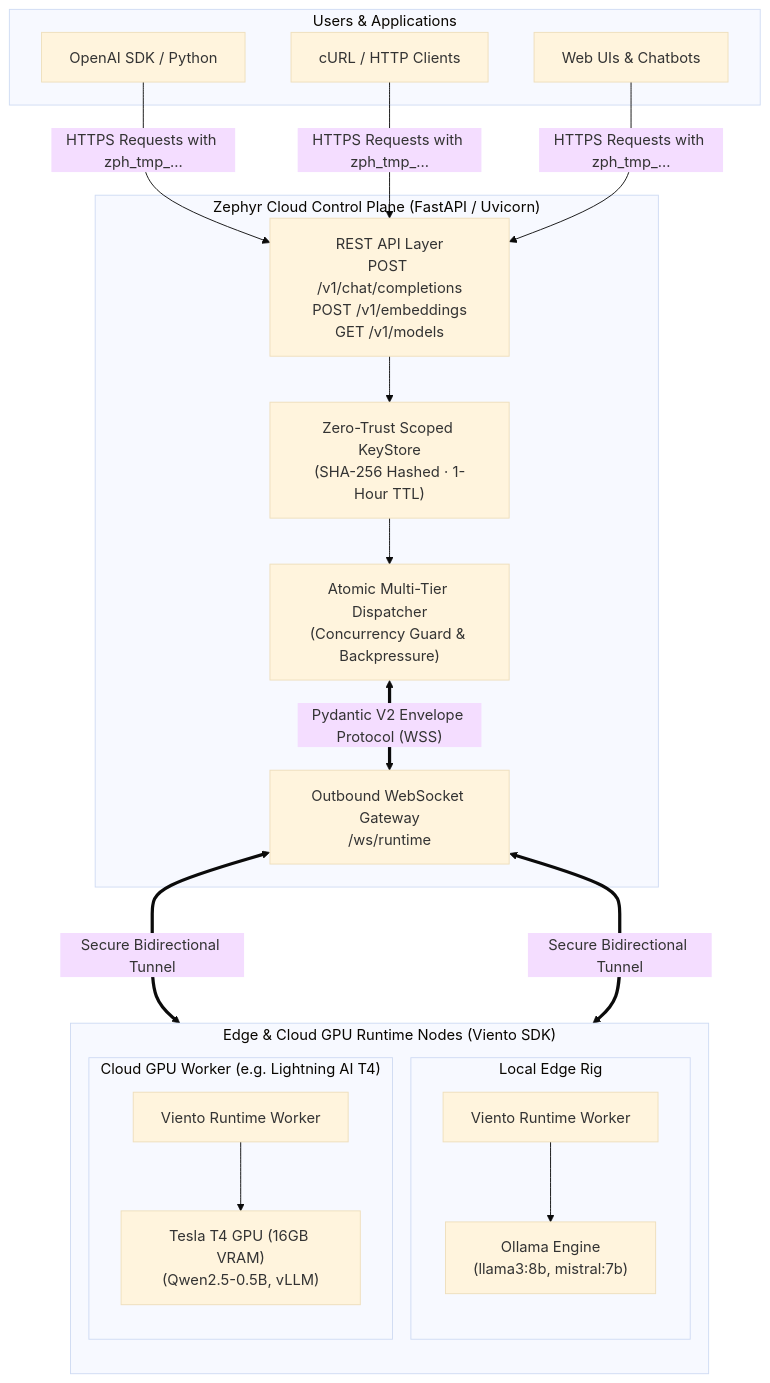
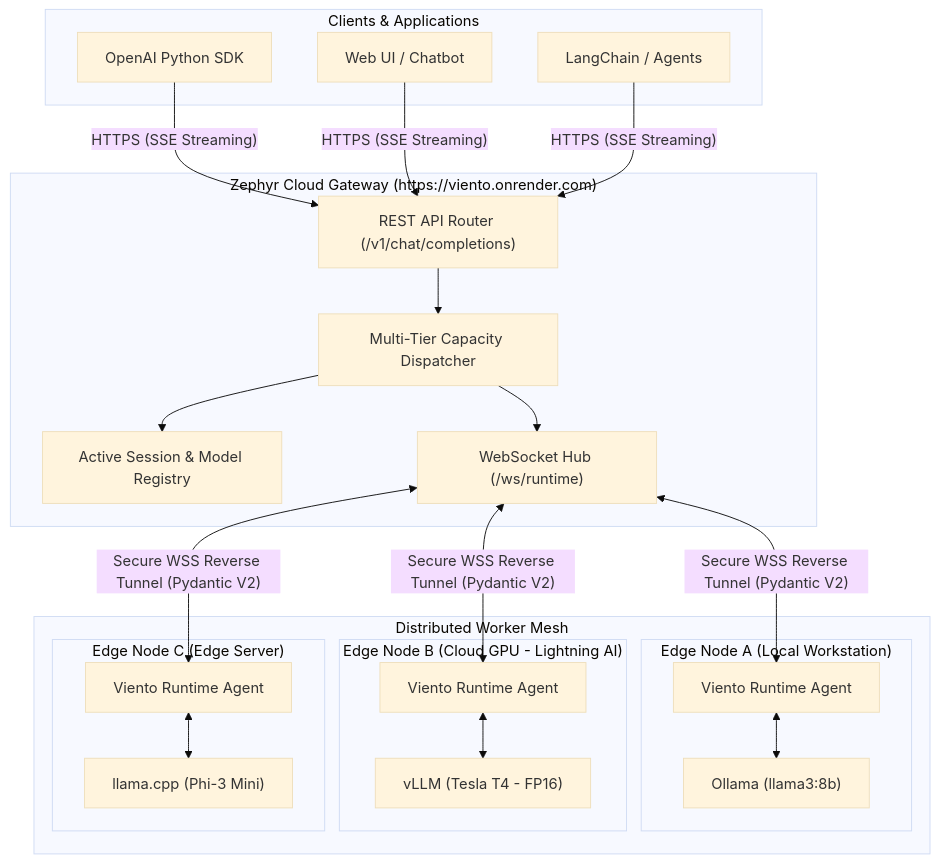
One commit to abhinav00anand/viento changed the first of 2 diagrams in README.md. Above: the diagram before and after it, drawn with Mermaid (base theme). The commit also changed other lines of this file and 1 other file, not shown here.

Commit message:
docs: detailed Zephyr architecture showcase in README, dedicated HOW_TO_RUN guide, and viento.onrender.com endpoints

````diff
--- a/README.md
+++ b/README.md
@@ -39,36 +53,43 @@
 ```mermaid
 flowchart TD
-    subgraph Clients["Users & Applications"]
-        C1["OpenAI SDK / Python"]
-        C2["cURL / HTTP Clients"]
-        C3["Web UIs & Chatbots"]
+    subgraph Clients["Clients & Applications"]
+        C1["OpenAI Python SDK"]
+        C2["Web UI / Chatbot"]
+        C3["LangChain / Agents"]
     end
 
-    subgraph CloudGW["Zephyr Cloud Control Plane (FastAPI / Uvicorn)"]
-        REST["REST API Layer<br/>POST /v1/chat/completions<br/>POST /v1/embeddings<br/>GET /v1/models"]
-        AUTH["Zero-Trust Scoped KeyStore<br/>(SHA-256 Hashed · 1-Hour TTL)"]
-        DISP["Atomic Multi-Tier Dispatcher<br/>(Concurrency Guard & Backpressure)"]
-        WSS_GW["Outbound WebSocket Gateway<br/>/ws/runtime"]
+    subgraph Gateway["Zephyr Cloud Gateway (https://viento.onrender.com)"]
+        GW_API["REST API Router (/v1/chat/completions)"]
+        DISP["Multi-Tier Capacity Dispatcher"]
+        REG["Active Session & Model Registry"]
+        WS_HUB["WebSocket Hub (/ws/runtime)"]
     end
 
-    subgraph Workers["Edge & Cloud GPU Runtime Nodes (Viento SDK)"]
-        direction TB
-        subgraph Node1["Local Edge Rig"]
-            N1["Viento Runtime Worker"]
-            OL["Ollama Engine<br/>(llama3:8b, mistral:7b)"]
+    subgraph Mesh["Distributed Worker Mesh"]
+        subgraph Node1["Edge Node A (Local Workstation)"]
+            V1["Viento Runtime Agent"]
+            ENG1["Ollama (llama3:8b)"]
         end
-        subgraph Node2["Cloud GPU Worker (e.g. Lightning AI T4)"]
-            N2["Viento Runtime Worker"]
-            T4["Tesla T4 GPU (16GB VRAM)<br/>(Qwen2.5-0.5B, vLLM)"]
+        subgraph Node2["Edge Node B (Cloud GPU - Lightning AI)"]
+            V2["Viento Runtime Agent"]
+            ENG2["vLLM (Tesla T4 - FP16)"]
+        end
+        subgraph Node3["Edge Node C (Edge Server)"]
+            V3["Viento Runtime Agent"]
+            ENG3["llama.cpp (Phi-3 Mini)"]
         end
     end
 
-    C1 & C2 & C3 -->|"HTTPS Requests with zph_tmp_..."| REST
-    REST --> AUTH
-    AUTH --> DISP
-    DISP <==>|"Pydantic V2 Envelope Protocol (WSS)"| WSS_GW
-    WSS_GW <===>|"Secure Bidirectional Tunnel"| N1
-    WSS_GW <===>|"Secure Bidirectional Tunnel"| N2
-    N1 --> OL
-    N2 --> T4
+    C1 & C2 & C3 -->|"HTTPS (SSE Streaming)"| GW_API
+    GW_API --> DISP
+    DISP --> REG
+    DISP --> WS_HUB
+
+    WS_HUB <-->|"Secure WSS Reverse Tunnel (Pydantic V2)"| V1
+    WS_HUB <-->|"Secure WSS Reverse Tunnel (Pydantic V2)"| V2
+    WS_HUB <-->|"Secure WSS Reverse Tunnel (Pydantic V2)"| V3
+
+    V1 <--> ENG1
+    V2 <--> ENG2
+    V3 <--> ENG3
 ```
````
